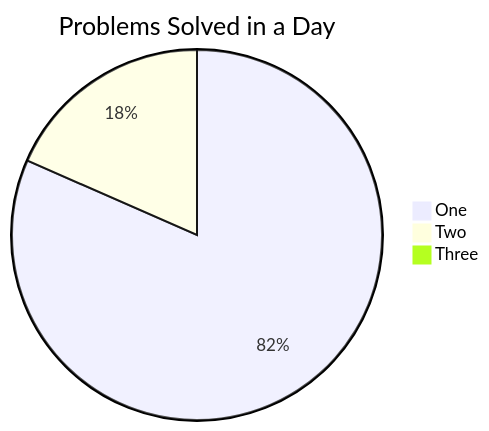
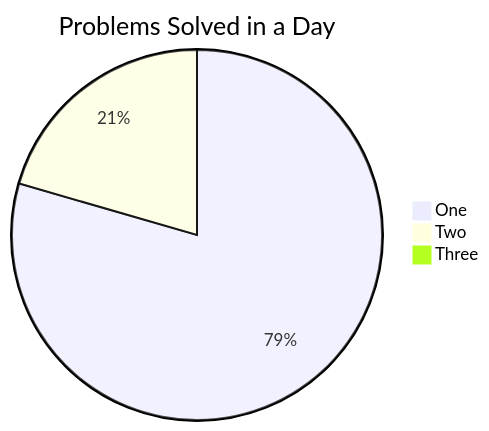
The second of 2 diagrams in readme.md (Jasjeet-Singh-S/100-days-DSA), drawn with Mermaid before and after one commit. The commit also changed other lines of this file and 3 other files, not shown here.

````diff
--- a/readme.md
+++ b/readme.md
@@ -25,6 +25,6 @@
 ```mermaid
 pie title Problems Solved in a Day
     "One" : 31
-    "Two" : 7
+    "Two" : 8
     "Three" : 0
 ```
````
